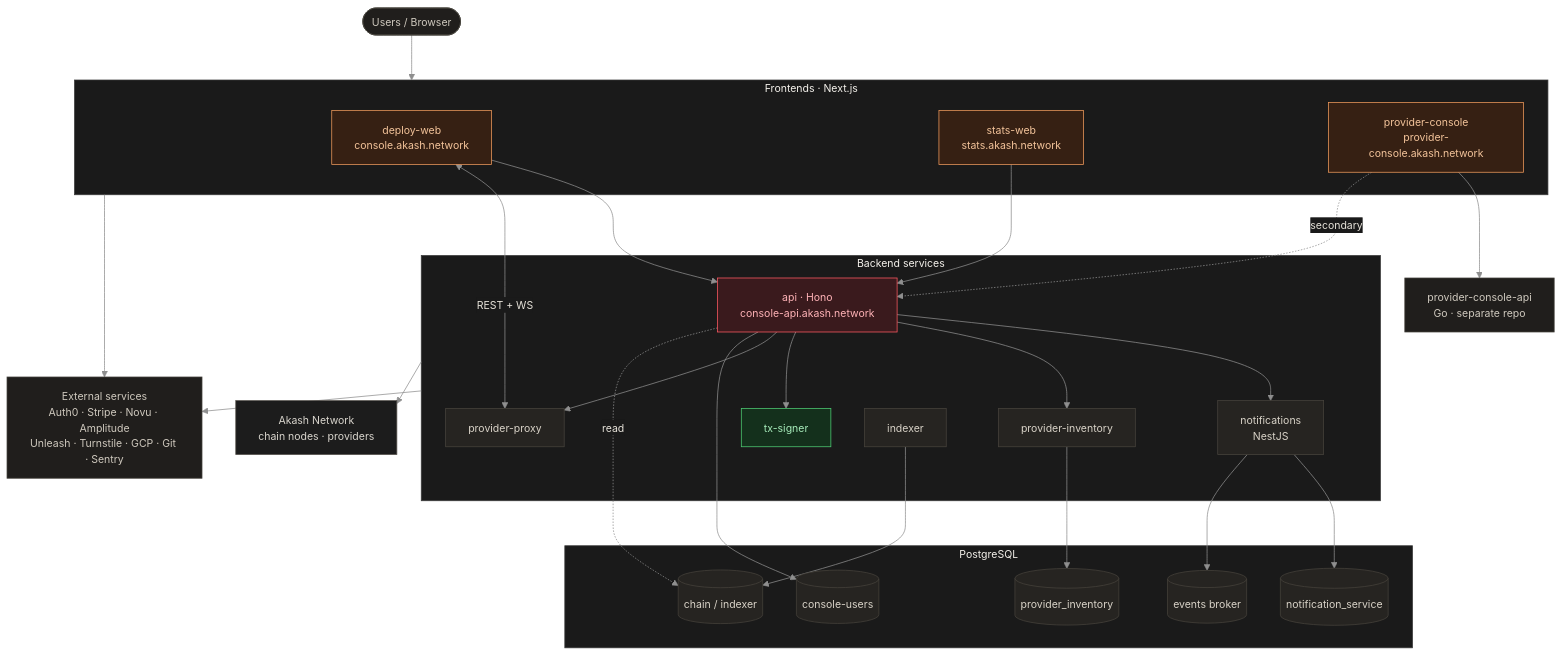
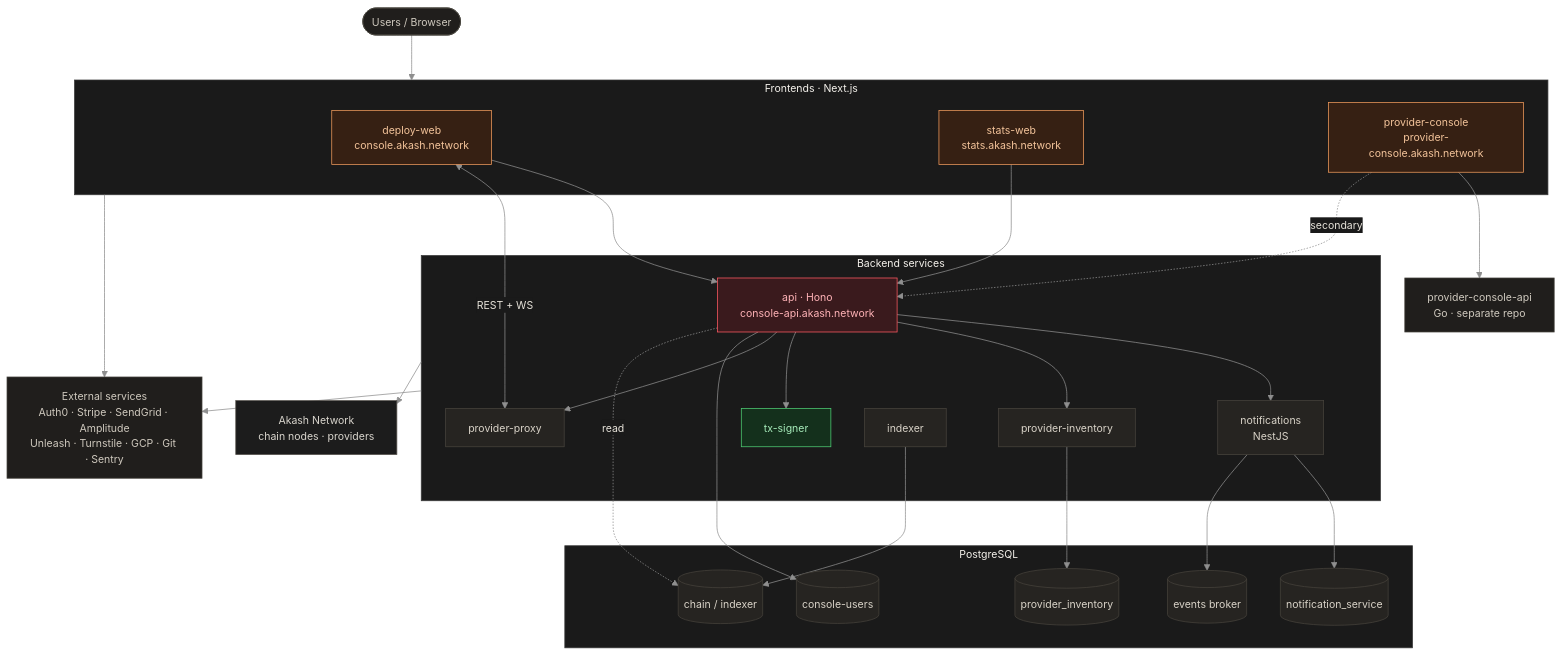
One commit to akash-network/console changed the diagram in README.md. Above: the diagram before and after it, drawn with Mermaid. The commit also changed 29 other files, not shown here.

First line of the commit message:
refactor(notifications): send emails straight through SendGrid instead of Novu (#4988)

````diff
--- a/README.md
+++ b/README.md
@@ -57,57 +57,57 @@
 ```mermaid
 %%{init: {'theme':'base','themeVariables':{'fontFamily':'Geist, Inter, system-ui, sans-serif','fontSize':'14px','background':'#171717','primaryColor':'#242422','primaryTextColor':'#e7e3da','primaryBorderColor':'#45423c','lineColor':'#8f8f8f','textColor':'#d9d5cd','clusterBkg':'#1a1a1a','clusterBorder':'#3a3a3a','titleColor':'#f5f2ec','edgeLabelBackground':'#1a1a1a'},'flowchart':{'curve':'basis','nodeSpacing':45,'rankSpacing':60}}}%%
 flowchart TB
   classDef primary fill:#3a1a1d,stroke:#ff5a63,color:#ffb3b7;
   classDef frontend fill:#362013,stroke:#ef9a5c,color:#f3c39a;
   classDef svc fill:#262421,stroke:#47433c,color:#d9d3c8;
   classDef signer fill:#14301c,stroke:#4fce74,color:#a7ecbb;
   classDef chain fill:#1c1c1c,stroke:#5a5650,color:#d9d5cd;
   classDef env fill:#201e1c,stroke:#45423c,color:#cfc9be;
 
   U(["Users / Browser"]):::env
 
   subgraph fe["Frontends · Next.js"]
     DW["deploy-web<br/>console.akash.network"]:::frontend
     SW["stats-web<br/>stats.akash.network"]:::frontend
     PC["provider-console<br/>provider-console.akash.network"]:::frontend
   end
 
   subgraph backend["Backend services"]
     API["api · Hono<br/>console-api.akash.network"]:::primary
     NTF["notifications<br/>NestJS"]:::svc
     PI["provider-inventory"]:::svc
     TXS["tx-signer"]:::signer
     PP["provider-proxy"]:::svc
     IDX["indexer"]:::svc
   end
 
   subgraph data["PostgreSQL"]
     USERDB[("console-users")]:::svc
     CHAINDB[("chain / indexer")]:::svc
     NTFDB[("notification_service")]:::svc
     EVTDB[("events broker")]:::svc
     PIDB[("provider_inventory")]:::svc
   end
 
   AKASH["Akash Network<br/>chain nodes · providers"]:::chain
-  EXT["External services<br/>Auth0 · Stripe · Novu · Amplitude<br/>Unleash · Turnstile · GCP · Git · Sentry"]:::env
+  EXT["External services<br/>Auth0 · Stripe · SendGrid · Amplitude<br/>Unleash · Turnstile · GCP · Git · Sentry"]:::env
   GOAPI["provider-console-api<br/>Go · separate repo"]:::env
 
   U --> fe
   DW --> API
   DW <-->|"REST + WS"| PP
   SW --> API
   PC --> GOAPI
   PC -.->|"secondary"| API
 
   API --> NTF & PI & TXS & PP
   API --> USERDB
   API -.->|"read"| CHAINDB
   IDX --> CHAINDB
   NTF --> NTFDB & EVTDB
   PI --> PIDB
 
   backend --> AKASH
   fe --> EXT
   backend --> EXT
 ```
````
